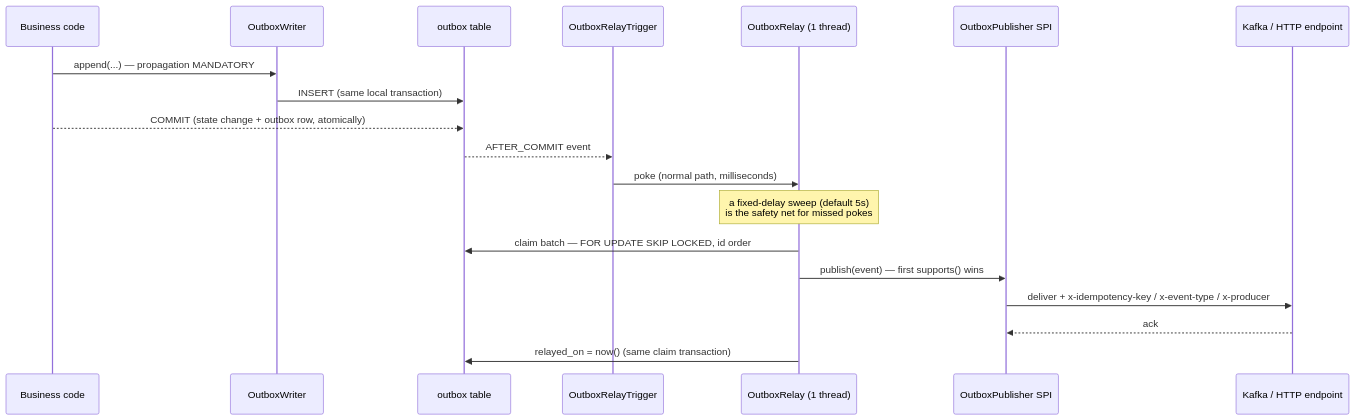
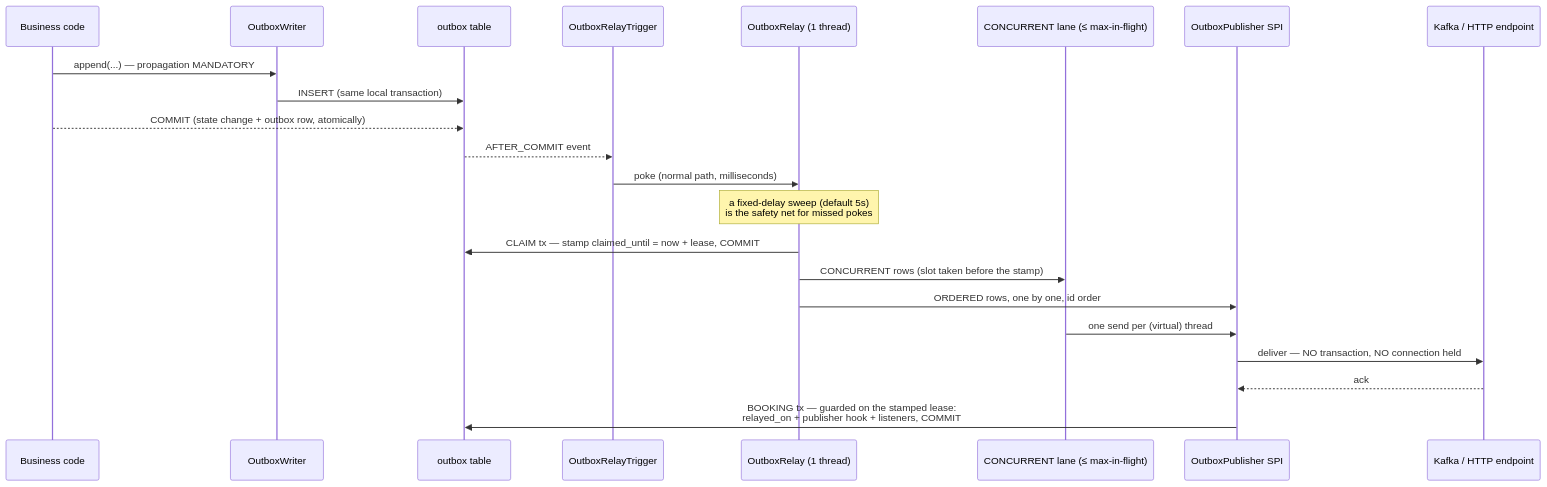
Before and after one commit to opentmf/opentmf-outbox-service: the third of 3 diagrams in README.md, drawn with Mermaid. The commit also changed other lines of this file and 32 other files, not shown here.

````diff
--- a/README.md
+++ b/README.md
@@ -83,22 +92,25 @@
 ```mermaid
 sequenceDiagram
     participant B as Business code
     participant W as OutboxWriter
     participant DB as outbox table
     participant T as OutboxRelayTrigger
     participant R as OutboxRelay (1 thread)
+    participant L as CONCURRENT lane (≤ max-in-flight)
     participant Pub as OutboxPublisher SPI
     participant K as Kafka / HTTP endpoint
 
     B->>W: append(...) — propagation MANDATORY
     W->>DB: INSERT (same local transaction)
     B-->>DB: COMMIT (state change + outbox row, atomically)
     DB-->>T: AFTER_COMMIT event
     T->>R: poke (normal path, milliseconds)
     Note over R: a fixed-delay sweep (default 5s)<br/>is the safety net for missed pokes
-    R->>DB: claim batch — FOR UPDATE SKIP LOCKED, id order
-    R->>Pub: publish(event) — first supports() wins
-    Pub->>K: deliver + x-idempotency-key / x-event-type / x-producer
+    R->>DB: CLAIM tx — stamp claimed_until = now + lease, COMMIT
+    R->>L: CONCURRENT rows (slot taken before the stamp)
+    R->>Pub: ORDERED rows, one by one, id order
+    L->>Pub: one send per (virtual) thread
+    Pub->>K: deliver — NO transaction, NO connection held
     K-->>Pub: ack
-    R->>DB: relayed_on = now() (same claim transaction)
+    Pub->>DB: BOOKING tx — guarded on the stamped lease:<br/>relayed_on + publisher hook + listeners, COMMIT
 ```
````
